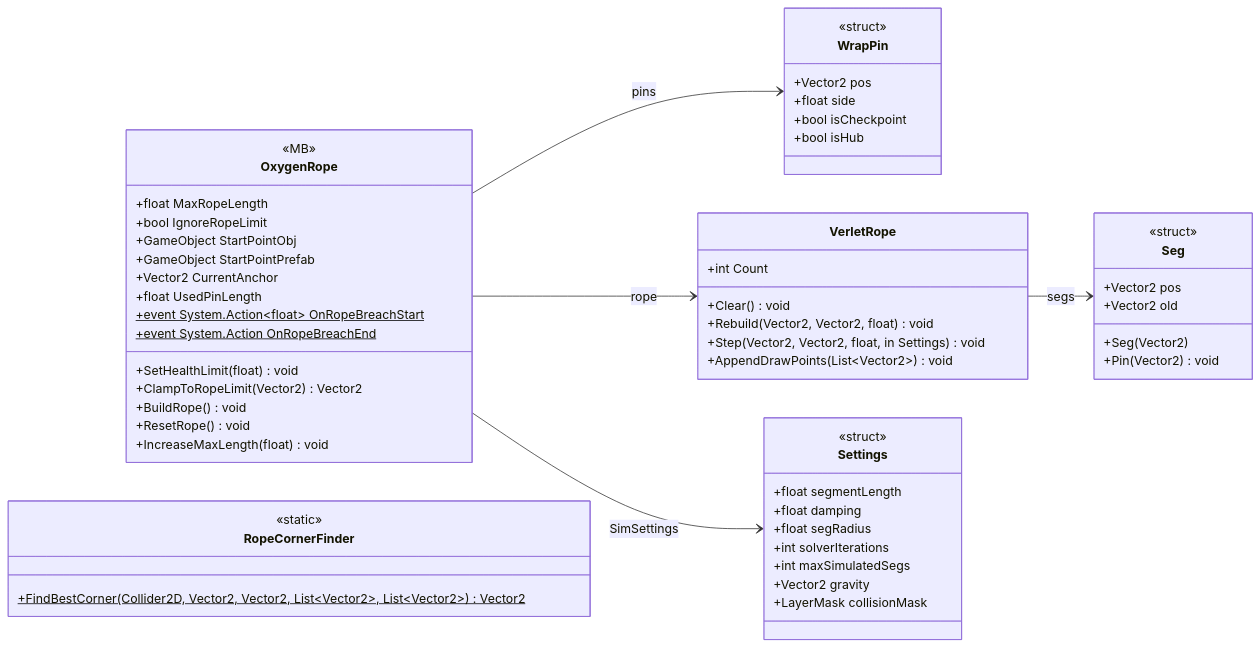
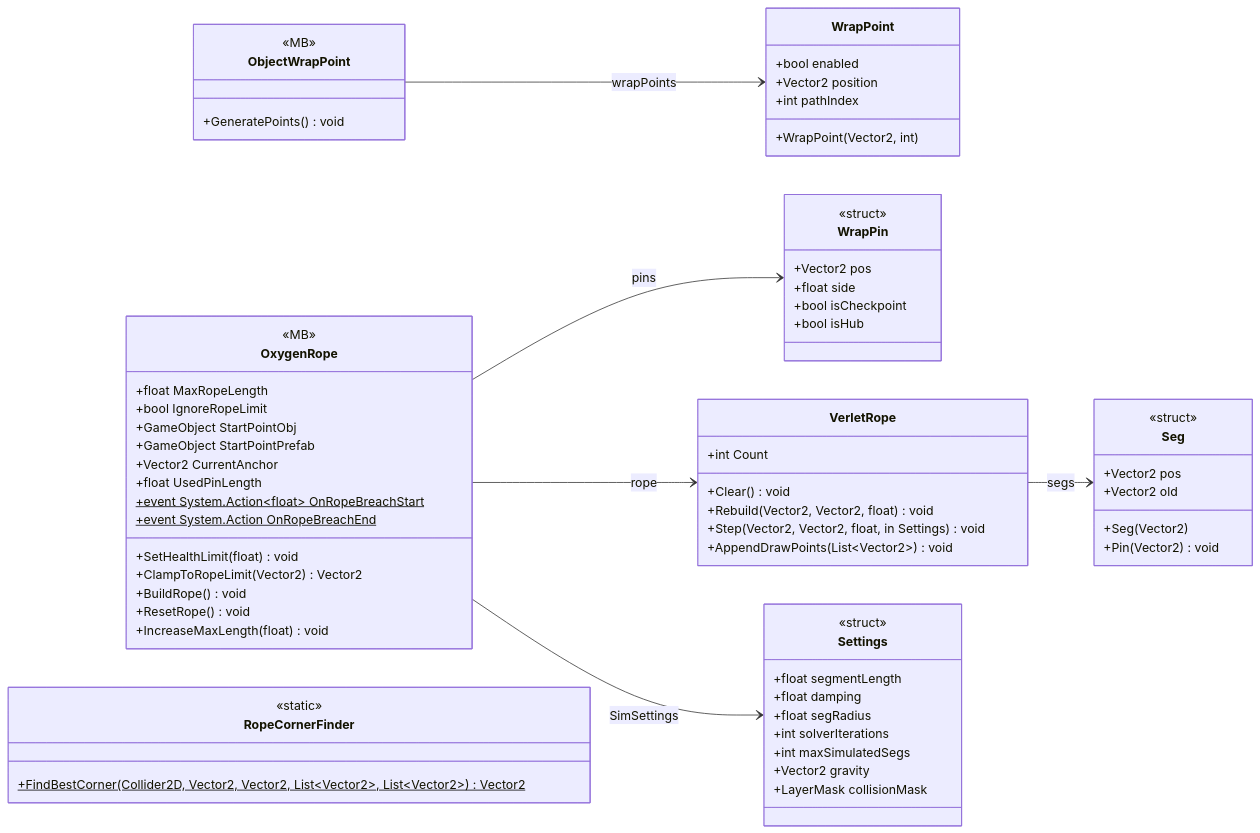
Before and after one commit to PhumipatWave/project-ocean: the diagram in docs/uml/modules/Gameplay_Entities_Players_OxygenTube.md, drawn with Mermaid. The commit also changed other lines of this file and 115 other files, not shown here.

````diff
--- a/docs/uml/modules/Gameplay_Entities_Players_OxygenTube.md
+++ b/docs/uml/modules/Gameplay_Entities_Players_OxygenTube.md
@@ -7,59 +7,70 @@
 ```mermaid
 classDiagram
   direction LR
+  class ObjectWrapPoint {
+    <<MB>>
+    +GeneratePoints() void
+  }
+  class WrapPoint {
+    +bool enabled
+    +Vector2 position
+    +int pathIndex
+    +WrapPoint(Vector2, int)
+  }
   class OxygenRope {
     <<MB>>
     +float MaxRopeLength
     +bool IgnoreRopeLimit
     +GameObject StartPointObj
     +GameObject StartPointPrefab
     +Vector2 CurrentAnchor
     +float UsedPinLength
     +event System.Action~float~ OnRopeBreachStart$
     +event System.Action OnRopeBreachEnd$
     +SetHealthLimit(float) void
     +ClampToRopeLimit(Vector2) Vector2
     +BuildRope() void
     +ResetRope() void
     +IncreaseMaxLength(float) void
   }
   class WrapPin {
     <<struct>>
     +Vector2 pos
     +float side
     +bool isCheckpoint
     +bool isHub
   }
   class RopeCornerFinder {
     <<static>>
     +FindBestCorner(Collider2D, Vector2, Vector2, List~Vector2~, List~Vector2~)$ Vector2
   }
   class VerletRope {
     +int Count
     +Clear() void
     +Rebuild(Vector2, Vector2, float) void
     +Step(Vector2, Vector2, float, in Settings) void
     +AppendDrawPoints(List~Vector2~) void
   }
   class Settings {
     <<struct>>
     +float segmentLength
     +float damping
     +float segRadius
     +int solverIterations
     +int maxSimulatedSegs
     +Vector2 gravity
     +LayerMask collisionMask
   }
   class Seg {
     <<struct>>
     +Vector2 pos
     +Vector2 old
     +Seg(Vector2)
     +Pin(Vector2) void
   }
+  ObjectWrapPoint --> WrapPoint : wrapPoints
   OxygenRope --> Settings : SimSettings
   OxygenRope --> VerletRope : rope
   OxygenRope --> WrapPin : pins
   VerletRope --> Seg : segs
 ```
````
